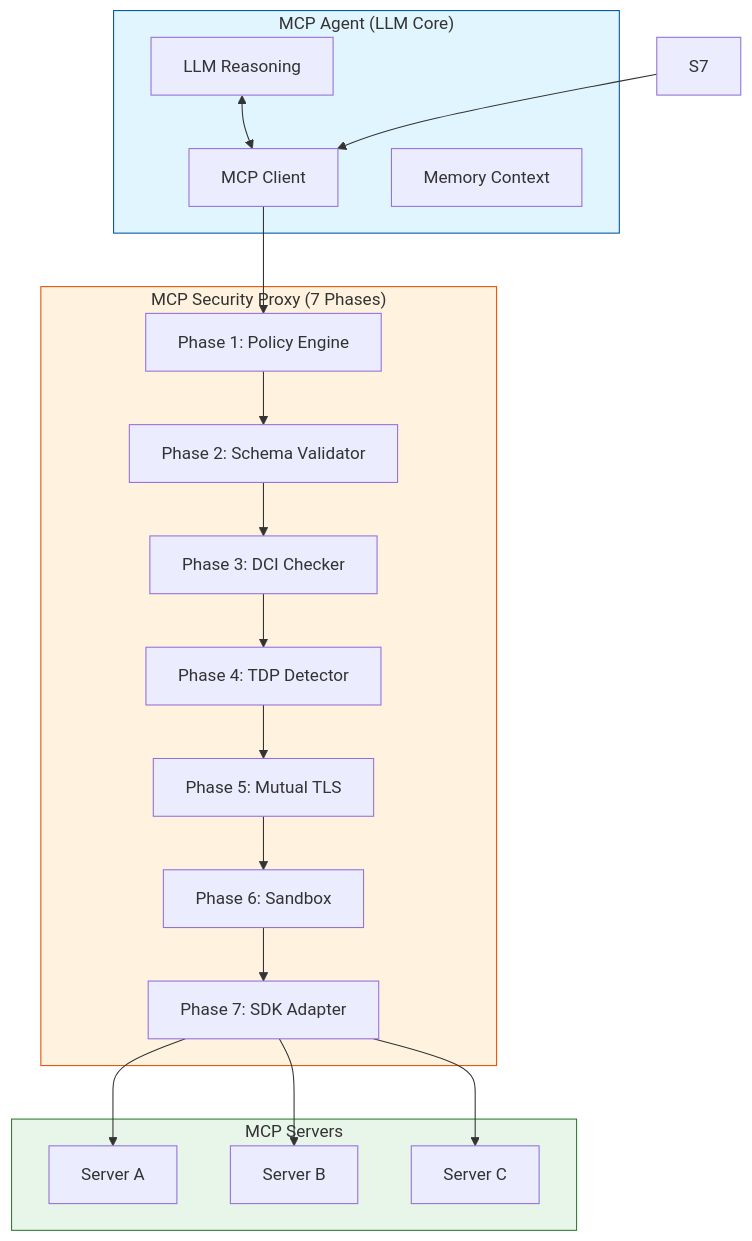
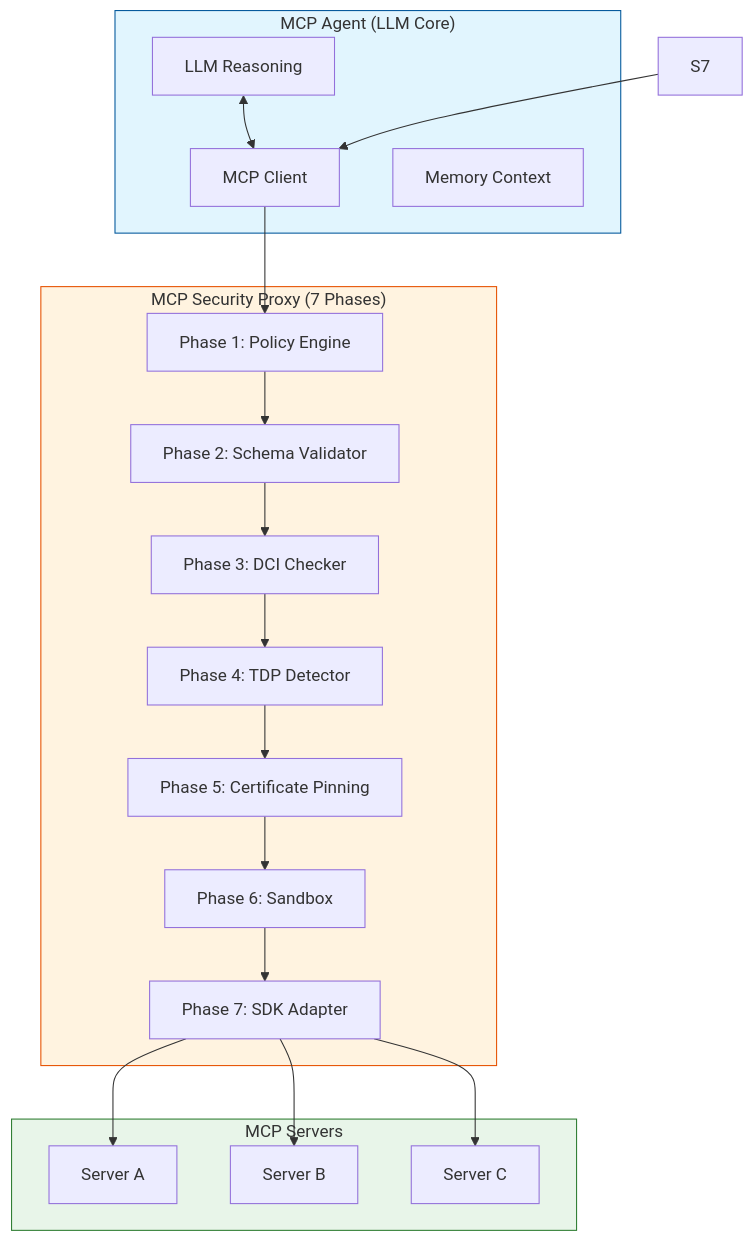
Before and after one commit to amurlaniakea/mcp-core-defense: the diagram in README.md, drawn with Mermaid. The commit also changed other lines of this file and 1 other file, not shown here.

First line of the commit message:
fix: complete Mutual TLS rename, update test counts, link SECURITY.md

````diff
--- a/README.md
+++ b/README.md
@@ -15,34 +20,34 @@
 ```mermaid
 graph TB
     subgraph Agent["MCP Agent (LLM Core)"]
         LLM[LLM Reasoning]
         Client[MCP Client]
         Memory[Memory Context]
     end
     
     subgraph Proxy["MCP Security Proxy (7 Phases)"]
         P1[Phase 1: Policy Engine]
         P2[Phase 2: Schema Validator]
         P3[Phase 3: DCI Checker]
         P4[Phase 4: TDP Detector]
-        P5[Phase 5: Mutual TLS]
+        P5[Phase 5: Certificate Pinning]
         P6[Phase 6: Sandbox]
         P7[Phase 7: SDK Adapter]
     end
     
     subgraph Servers["MCP Servers"]
         S1[Server A]
         S2[Server B]
         S3[Server C]
     end
     
     LLM <--> Client
     Client --> P1
     P1 --> P2 --> P3 --> P4 --> P5 --> P6 --> P7
     P7 --> S1 & S2 & S3
     S7 --> Client
     
     style Agent fill:#e1f5fe,stroke:#01579b
     style Proxy fill:#fff3e0,stroke:#e65100
     style Servers fill:#e8f5e9,stroke:#2e7d32
 ```
````
